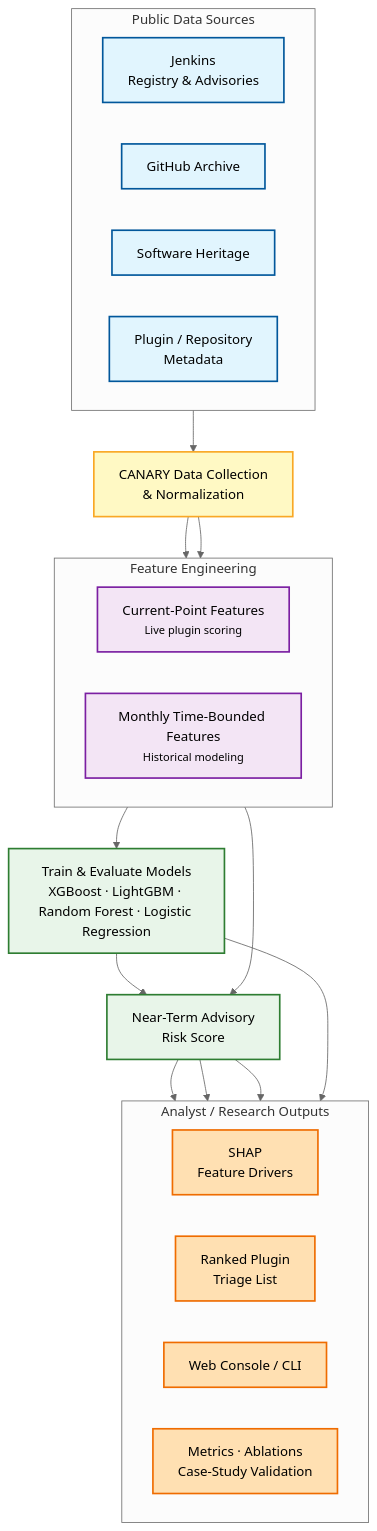
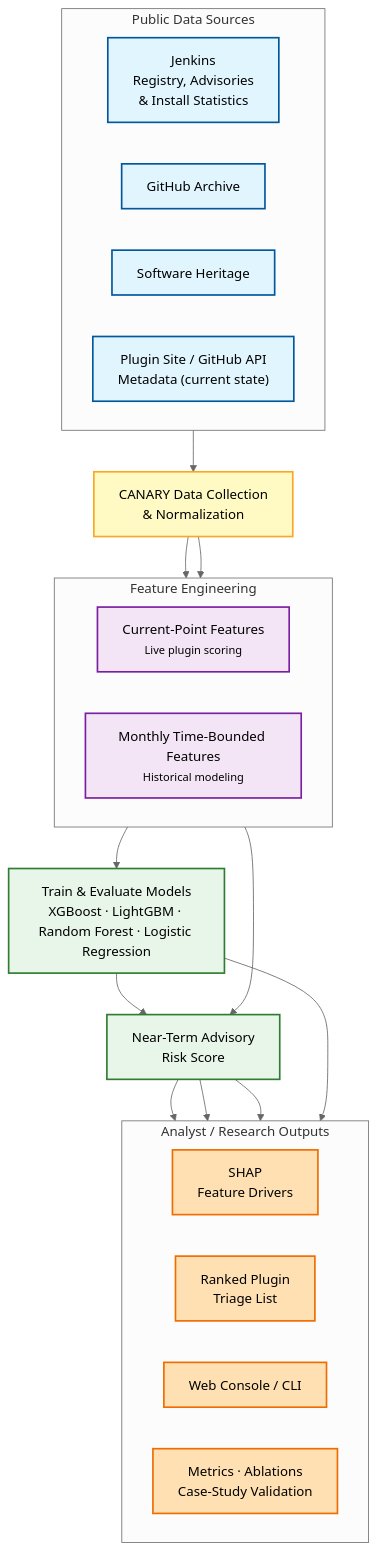
Before and after one commit to timmybx/canary: the diagram in README.md, drawn with Mermaid (neutral theme). The commit also changed other lines of this file, not shown here.

````diff
--- a/README.md
+++ b/README.md
@@ -79,62 +79,62 @@
 ```mermaid
 flowchart TB
 
     %% ---- Styles ----
     classDef source fill:#e1f5fe,stroke:#01579b,stroke-width:2px,color:#000;
     classDef collect fill:#fff9c4,stroke:#f9a825,stroke-width:2px,color:#000;
     classDef feature fill:#f3e5f5,stroke:#7b1fa2,stroke-width:2px,color:#000;
     classDef model fill:#e8f5e9,stroke:#2e7d32,stroke-width:2px,color:#000;
     classDef output fill:#ffe0b2,stroke:#ef6c00,stroke-width:2px,color:#000;
 
     %% ---- Public sources ----
     subgraph SOURCES["Public Data Sources"]
         direction LR
-        JENKINS["Jenkins<br/>Registry & Advisories"]:::source
+        JENKINS["Jenkins<br/>Registry, Advisories<br/>& Install Statistics"]:::source
         GH["GitHub Archive"]:::source
         SWH["Software Heritage"]:::source
-        META["Plugin / Repository<br/>Metadata"]:::source
+        META["Plugin Site / GitHub API<br/>Metadata (current state)"]:::source
     end
 
     %% ---- Collection ----
     COLLECT["CANARY Data Collection<br/>& Normalization"]:::collect
 
     %% ---- Two feature paths ----
     subgraph FEATURES["Feature Engineering"]
         direction LR
 
         CURRENT["Current-Point Features<br/><small>Live plugin scoring</small>"]:::feature
 
         MONTHLY["Monthly Time-Bounded Features<br/><small>Historical modeling</small>"]:::feature
     end
 
     %% ---- Research / model path ----
     TRAIN["Train & Evaluate Models<br/>XGBoost · LightGBM · Random Forest · Logistic Regression"]:::model
 
     %% ---- Scoring path ----
     SCORE["Near-Term Advisory<br/>Risk Score"]:::model
 
     %% ---- Outputs ----
     subgraph OUTPUTS["Analyst / Research Outputs"]
         direction LR
         SHAP["SHAP<br/>Feature Drivers"]:::output
         RANK["Ranked Plugin<br/>Triage List"]:::output
         WEB["Web Console / CLI"]:::output
         RESEARCH["Metrics · Ablations<br/>Case-Study Validation"]:::output
     end
 
     %% ---- Main flow ----
     SOURCES --> COLLECT
     COLLECT --> CURRENT
     COLLECT --> MONTHLY
 
     MONTHLY --> TRAIN
     TRAIN --> SCORE
 
     CURRENT --> SCORE
 
     SCORE --> SHAP
     SCORE --> RANK
     SCORE --> WEB
 
     TRAIN --> RESEARCH
 ```
````
